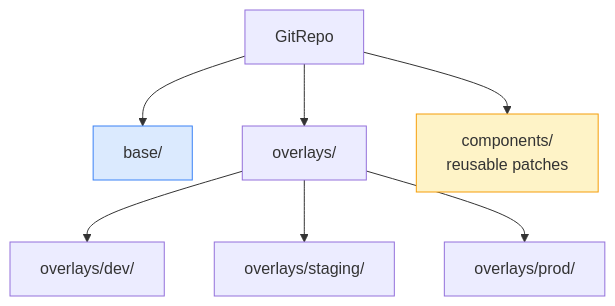
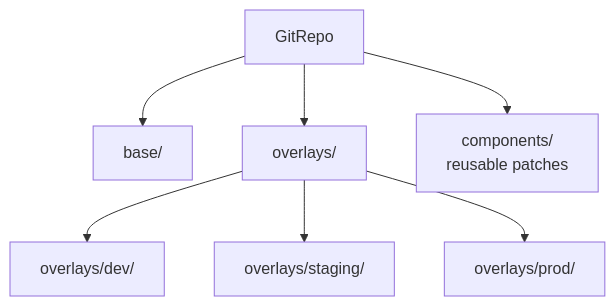
One commit to Gautam4424/k8slearn-content changed the third of 3 diagrams in content/cka/14-kustomize-configuration-management/overview/overview.md. Above: the diagram before and after it, drawn with Mermaid. The commit also changed other lines of this file and 40 other files, not shown here.

Commit message:
chore: fix mermaid style regex

````diff
--- a/content/cka/14-kustomize-configuration-management/overview/overview.md
+++ b/content/cka/14-kustomize-configuration-management/overview/overview.md
@@ -302,16 +296,13 @@
 ```mermaid
 graph TD
     REPO["GitRepo"]
     BASE["base/"]
     ENVS["overlays/"]
     DEV["overlays/dev/"]
     STG["overlays/staging/"]
     PROD["overlays/prod/"]
     COMP["components/\nreusable patches"]
 
     REPO --> BASE & ENVS & COMP
     ENVS --> DEV & STG & PROD
-
-    style BASE fill:#dbeafe,stroke:#3b82f6
-    style COMP fill:#fef3c7,stroke:#f59e0b
 ```
````
